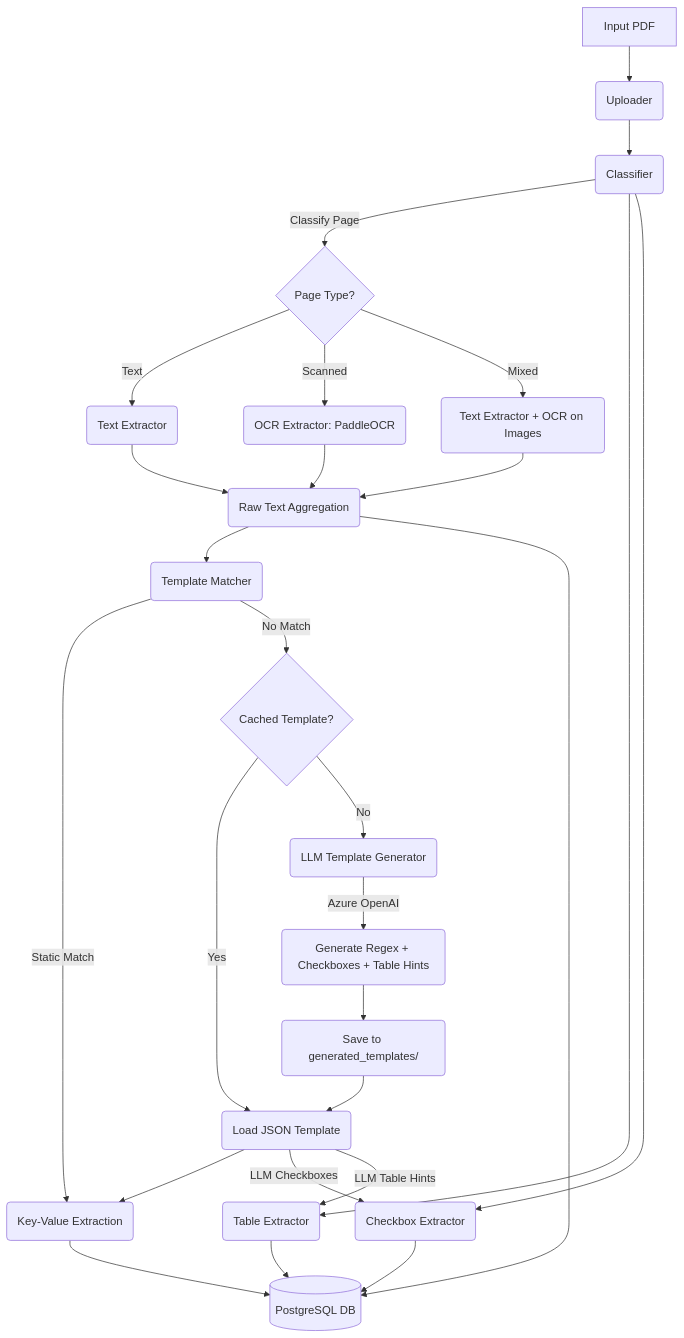
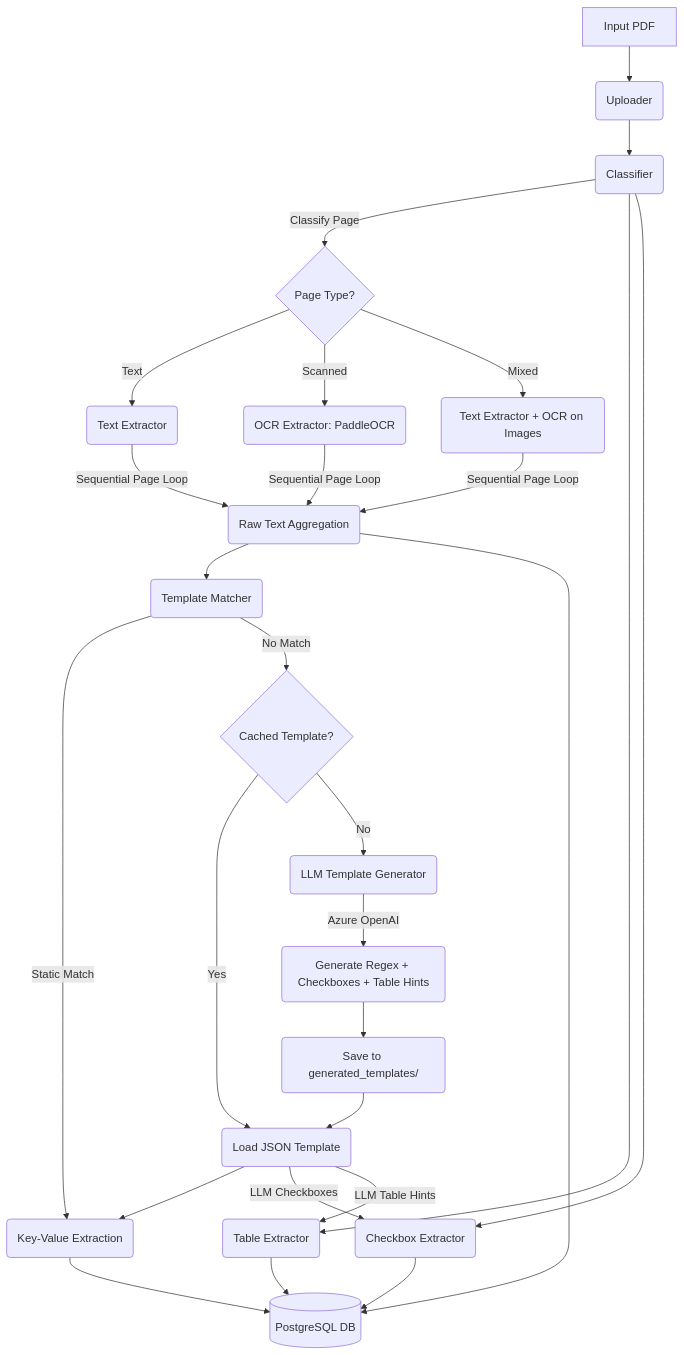
One commit to neogi5043/Unstra_Ingestor changed the first of 2 diagrams in technical_documentation.md. Above: the diagram before and after it, drawn with Mermaid. The commit also changed other lines of this file and 5 other files, not shown here.

````diff
--- a/technical_documentation.md
+++ b/technical_documentation.md
@@ -14,36 +14,36 @@
 ```mermaid
 graph TD
     A[Input PDF] --> B(Uploader)
     B --> C(Classifier)
     
     C -->|Classify Page| D{Page Type?}
     
     D -->|Text| E(Text Extractor)
     D -->|Scanned| F(OCR Extractor: PaddleOCR)
     D -->|Mixed| G(Text Extractor + OCR on Images)
     
-    E --> H(Raw Text Aggregation)
-    F --> H
-    G --> H
+    E -->|Sequential Page Loop| H(Raw Text Aggregation)
+    F -->|Sequential Page Loop| H
+    G -->|Sequential Page Loop| H
     
     H --> I(Template Matcher)
     I -->|Static Match| J(Key-Value Extraction)
     I -->|No Match| K{Cached Template?}
     
     K -->|Yes| L(Load JSON Template)
     K -->|No| M(LLM Template Generator)
     M -->|Azure OpenAI| N(Generate Regex + Checkboxes + Table Hints)
     N --> O(Save to generated_templates/)
     O --> L
     L --> J
     
     C --> P(Table Extractor)
     C --> Q(Checkbox Extractor)
     L -->|LLM Checkboxes| Q
     L -->|LLM Table Hints| P
     
     J --> R[(PostgreSQL DB)]
     P --> R
     Q --> R
     H --> R
 ```
````
